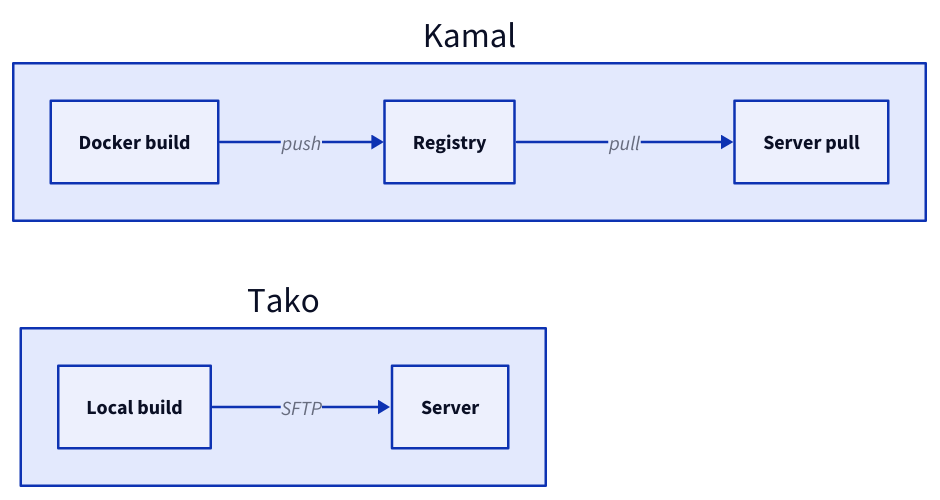
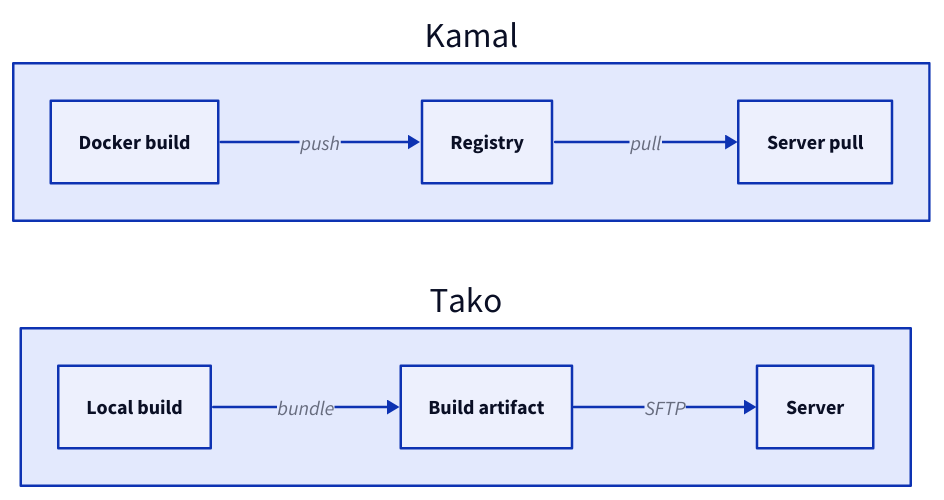
Before and after one commit to lilienblum/tako: the diagram in website/src/pages/blog/tako-vs-kamal.md, drawn with D2. The commit also changed 20 other files, not shown here.

First line of the commit message:
feat(website): add PostHog analytics, light-only D2 pipeline, and diagram lightbox

````diff
--- a/website/src/pages/blog/tako-vs-kamal.md
+++ b/website/src/pages/blog/tako-vs-kamal.md
@@ -48,19 +48,25 @@
 ```d2
 direction: right
 
 kamal: Kamal {
+  direction: down
+
   build: Docker build
   registry: Registry
   server: Server pull
 
   build -> registry: push
   registry -> server: pull
 }
 
 tako: Tako {
+  direction: down
+
   build: Local build
+  artifact: Build artifact
   server: Server
 
-  build -> server: SFTP
+  build -> artifact: bundle
+  artifact -> server: SFTP
 }
 ```
````
